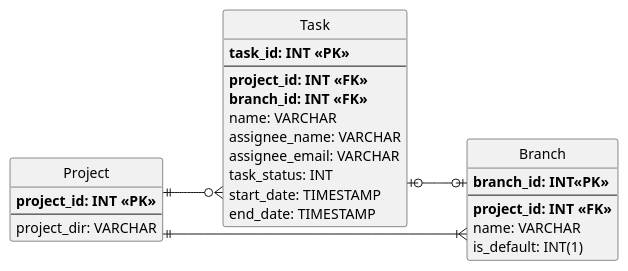
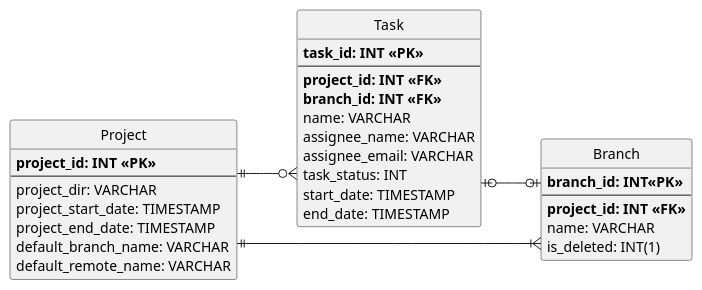
Before and after one commit to imdar1/GitMonitor: the diagram in docs/res/er_diagram.pu, drawn with PlantUML. The commit also changed 6 other files, not shown here.

```diff
--- a/docs/res/er_diagram.pu
+++ b/docs/res/er_diagram.pu
@@ -1,36 +1,40 @@
 @startuml er_diagram
 skinparam monochrome true
 hide circle
 skinparam linetype ortho
 left to right direction
 entity "Project" as e1 {
     **project_id: INT <<PK>>**
     --
     project_dir: VARCHAR
+    project_start_date: TIMESTAMP
+    project_end_date: TIMESTAMP
+    default_branch_name: VARCHAR
+    default_remote_name: VARCHAR
 }
 
 entity "Task" as e2 {
     **task_id: INT <<PK>>**
     --
     **project_id: INT <<FK>>**
     **branch_id: INT <<FK>>**
     name: VARCHAR
     assignee_name: VARCHAR
     assignee_email: VARCHAR
     task_status: INT
     start_date: TIMESTAMP
     end_date: TIMESTAMP
 }
  
 entity "Branch" as e3 {
     **branch_id: INT<<PK>>**
     --
     **project_id: INT <<FK>>**
     name: VARCHAR
-    is_default: INT(1)
+    is_deleted: INT(1)
 }
 
 e1 ||--|{ e3
 e1 ||--o{ e2
 e2 |o--o| e3
 @enduml
```
